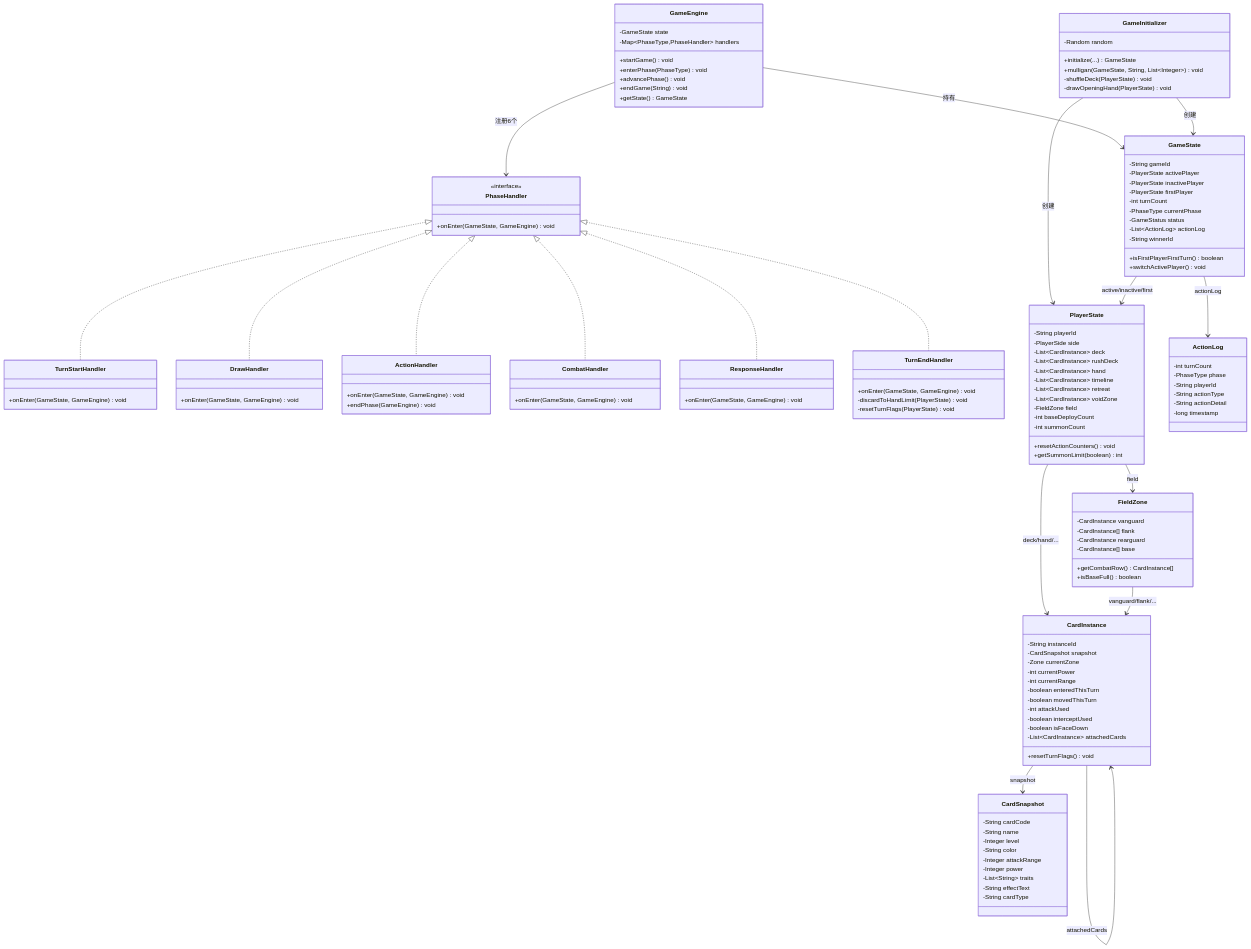
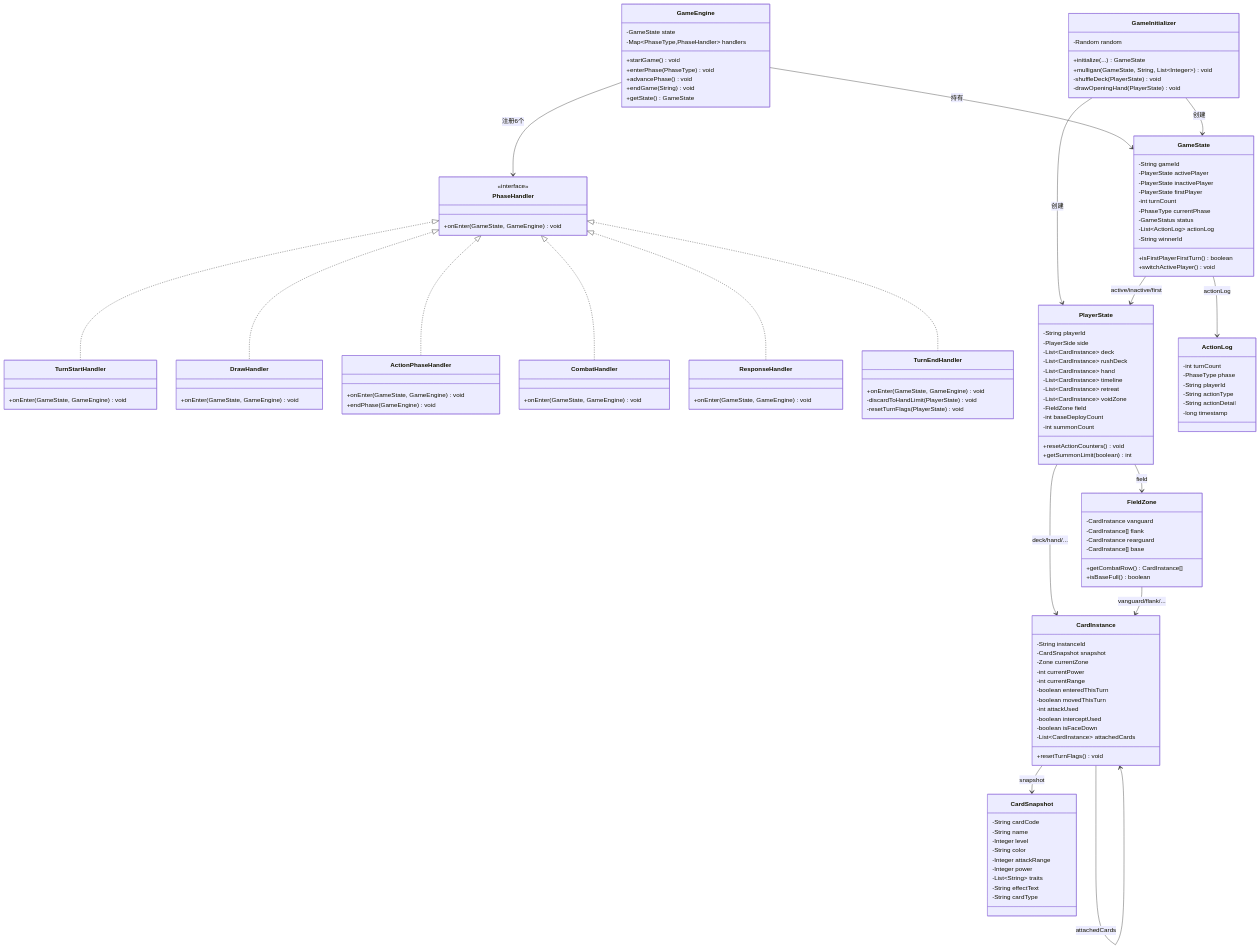
One commit to yuJunOk/mtcg changed the fourth of 5 diagrams in docs/设计文档/06-详细设计-迭代四-引擎状态模型与回合流程.md. Above: the diagram before and after it, drawn with Mermaid. The commit also changed other lines of this file and 7 other files, not shown here.

First line of the commit message:
refactor(engine): 重命名 ActionHandler 为 ActionPhaseHandler，更新相关文档与代码

```diff
--- a/docs/设计文档/06-详细设计-迭代四-引擎状态模型与回合流程.md
+++ b/docs/设计文档/06-详细设计-迭代四-引擎状态模型与回合流程.md
@@ -1426,7 +1426,7 @@
     class DrawHandler {
         +onEnter(GameState, GameEngine) void
     }
-    class ActionHandler {
+    class ActionPhaseHandler {
         +onEnter(GameState, GameEngine) void
         +endPhase(GameEngine) void
     }
@@ -1524,7 +1524,7 @@
 
     PhaseHandler <|.. TurnStartHandler
     PhaseHandler <|.. DrawHandler
-    PhaseHandler <|.. ActionHandler
+    PhaseHandler <|.. ActionPhaseHandler
     PhaseHandler <|.. CombatHandler
     PhaseHandler <|.. ResponseHandler
     PhaseHandler <|.. TurnEndHandler
```
